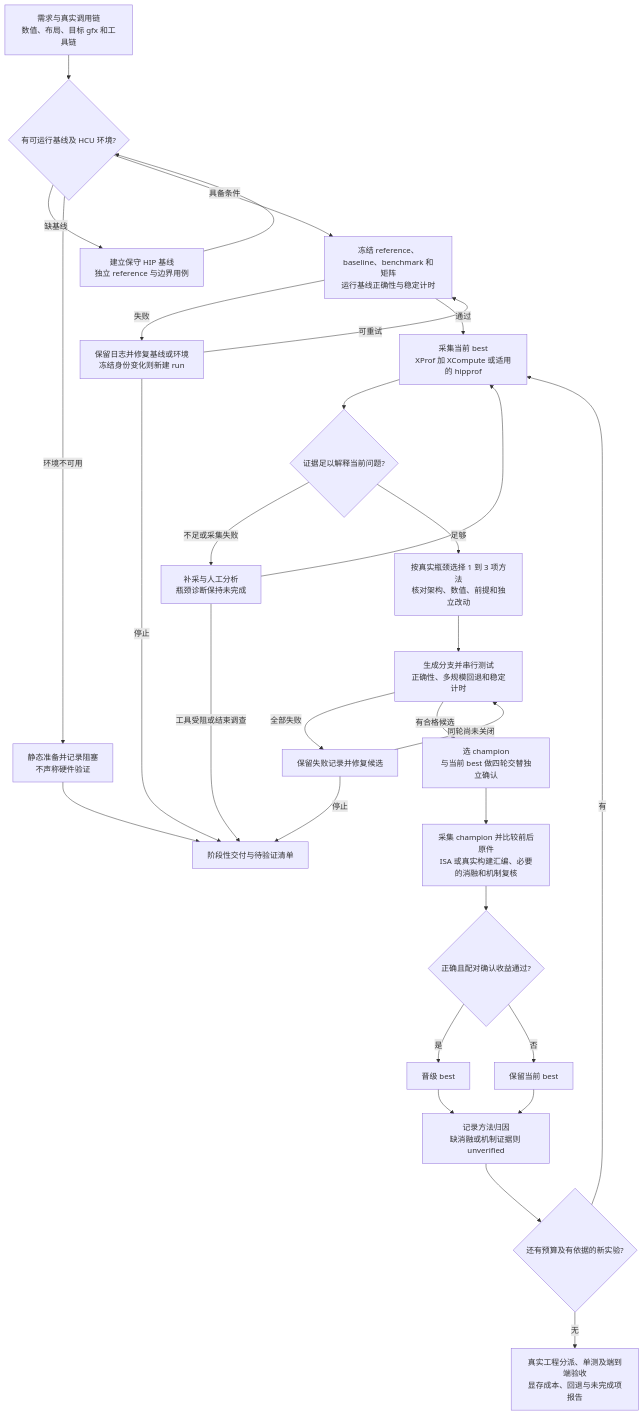
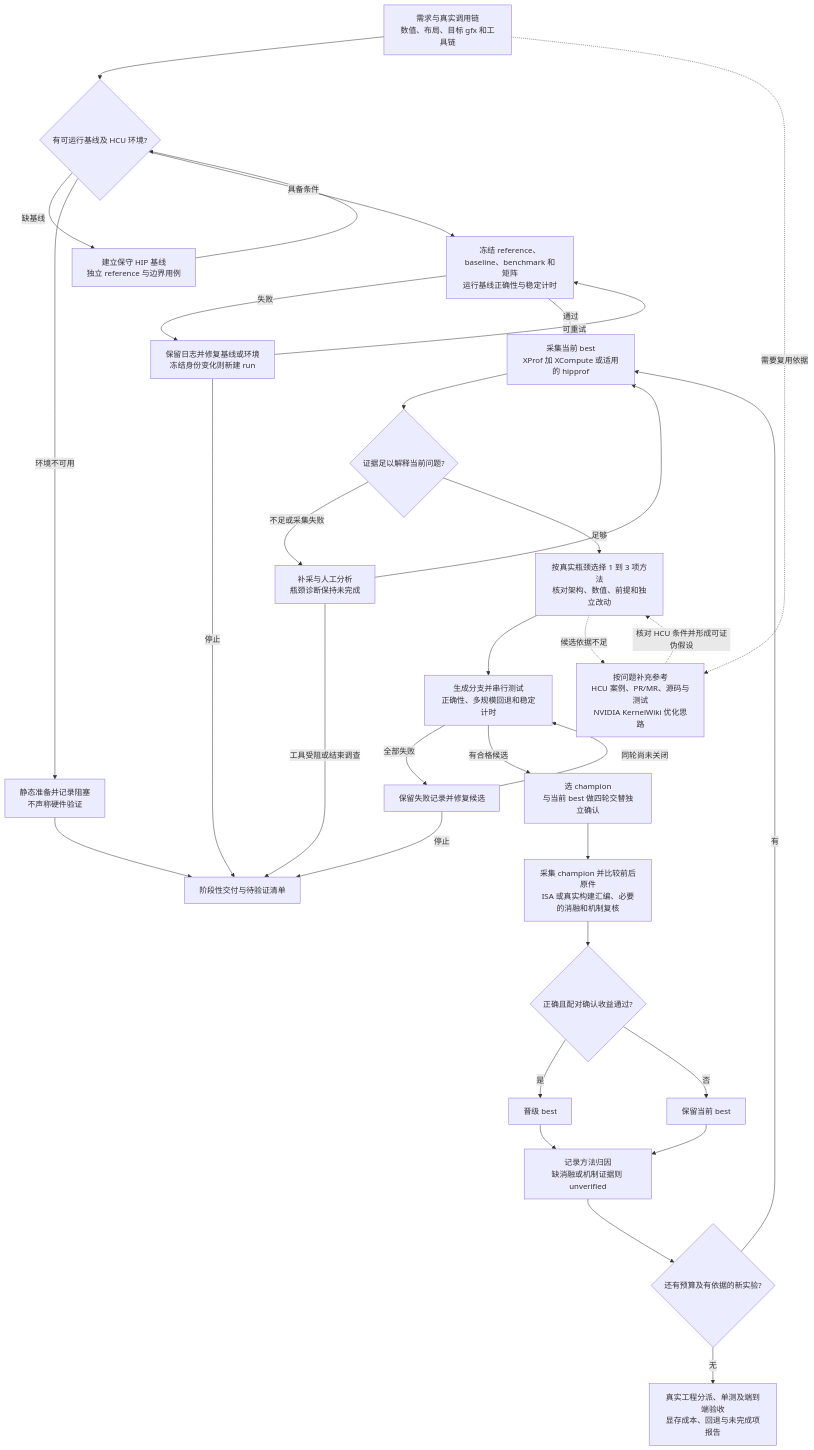
One commit to yuguo-Jack/cuda-optimized-skill changed the diagram in README.hygon-hip-kernel-optimizer.md. Above: the diagram before and after it, drawn with Mermaid. The commit also changed other lines of this file and 11 other files, not shown here.

Commit message:
Connect HCU kernel optimization to reference cases, PRs and KernelWiki

````diff
--- a/README.hygon-hip-kernel-optimizer.md
+++ b/README.hygon-hip-kernel-optimizer.md
@@ -39,32 +39,35 @@
 ```mermaid
 flowchart TD
     A[需求与真实调用链<br/>数值、布局、目标 gfx 和工具链] --> B{有可运行基线及 HCU 环境?}
     B -->|缺基线| C[建立保守 HIP 基线<br/>独立 reference 与边界用例]
     C --> B
     B -->|环境不可用| D[静态准备并记录阻塞<br/>不声称硬件验证]
     B -->|具备条件| E[冻结 reference、baseline、benchmark 和矩阵<br/>运行基线正确性与稳定计时]
     E -->|失败| F[保留日志并修复基线或环境<br/>冻结身份变化则新建 run]
     F -->|可重试| E
     E -->|通过| G[采集当前 best<br/>XProf 加 XCompute 或适用的 hipprof]
     G --> H{证据足以解释当前问题?}
     H -->|不足或采集失败| I[补采与人工分析<br/>瓶颈诊断保持未完成]
     I --> G
     H -->|足够| J[按真实瓶颈选择 1 到 3 项方法<br/>核对架构、数值、前提和独立改动]
     J --> K[生成分支并串行测试<br/>正确性、多规模回退和稳定计时]
     K -->|全部失败| FK[保留失败记录并修复候选]
     FK -->|同轮尚未关闭| K
     K -->|有合格候选| L[选 champion<br/>与当前 best 做四轮交替独立确认]
     L --> M[采集 champion 并比较前后原件<br/>ISA 或真实构建汇编、必要的消融和机制复核]
     M --> N{正确且配对确认收益通过?}
     N -->|是| O[晋级 best]
     N -->|否| P[保留当前 best]
     O --> Q[记录方法归因<br/>缺消融或机制证据则 unverified]
     P --> Q
     Q --> R{还有预算及有依据的新实验?}
     R -->|有| G
     R -->|无| S[真实工程分派、单测及端到端验收<br/>显存成本、回退与未完成项报告]
     D --> U[阶段性交付与待验证清单]
     I -->|工具受阻或结束调查| U
     F -->|停止| U
     FK -->|停止| U
+    A -.->|需要复用依据| REF[按问题补充参考<br/>HCU 案例、PR/MR、源码与测试<br/>NVIDIA KernelWiki 优化思路]
+    J -.->|候选依据不足| REF
+    REF -.->|核对 HCU 条件并形成可证伪假设| J
 ```
````
